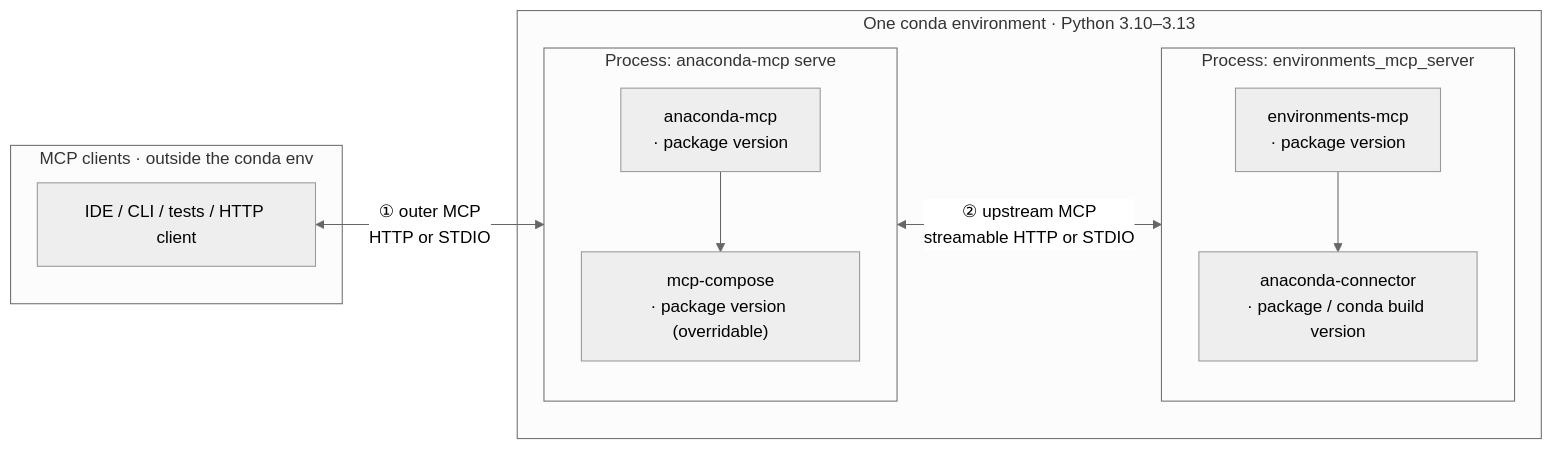
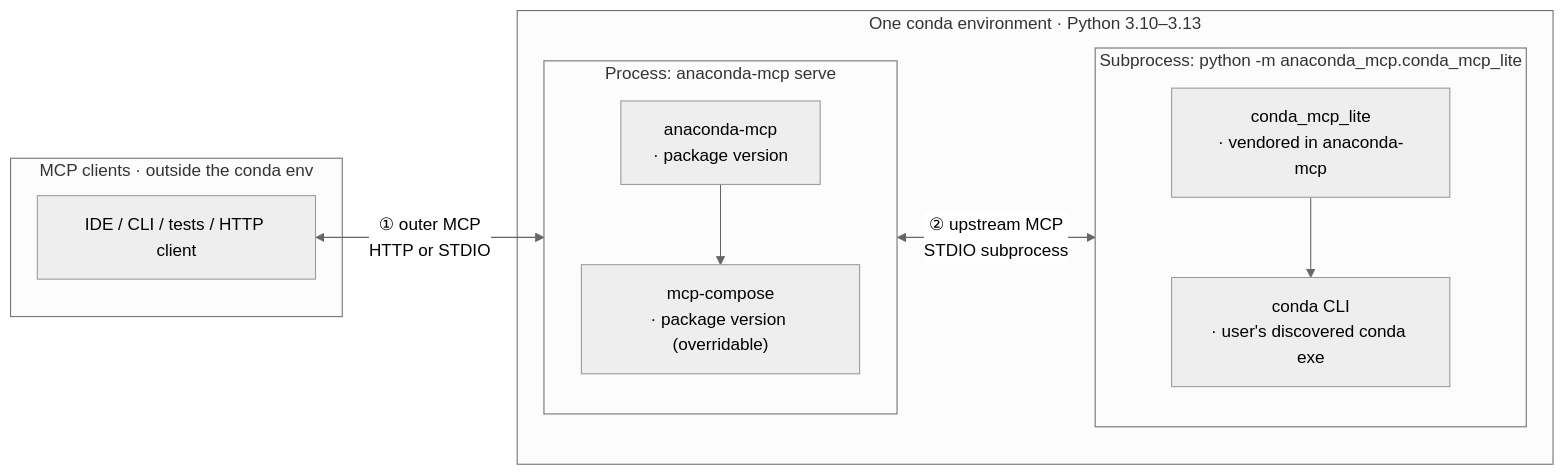
The diagram in tests/qa/mcp_tools/_docs/architecture.md (anaconda/anaconda-mcp), drawn with Mermaid (neutral theme) before and after one commit. The commit also changed other lines of this file and 32 other files, not shown here.

````diff
--- a/tests/qa/mcp_tools/_docs/architecture.md
+++ b/tests/qa/mcp_tools/_docs/architecture.md
@@ -15,26 +15,26 @@
 ```mermaid
 flowchart LR
   subgraph clients["MCP clients  ·  outside the conda env"]
     CL["IDE / CLI / tests / HTTP client"]
   end
 
   subgraph cenv["One conda environment  ·  Python 3.10–3.13"]
     subgraph amp["Process: anaconda-mcp serve"]
       direction TB
       AM["anaconda-mcp<br/>· package version"]
       MC["mcp-compose<br/>· package version (overridable)"]
       AM --> MC
     end
 
-    subgraph ems["Process: environments_mcp_server"]
+    subgraph ems["Subprocess: python -m anaconda_mcp.conda_mcp_lite"]
       direction TB
-      EM["environments-mcp<br/>· package version"]
-      AC["anaconda-connector<br/>· package / conda build version"]
+      EM["conda_mcp_lite<br/>· vendored in anaconda-mcp"]
+      AC["conda CLI<br/>· user's discovered conda exe"]
       EM --> AC
     end
 
-    MC <-->|"② upstream MCP<br/>streamable HTTP or STDIO"| EM
+    MC <-->|"② upstream MCP<br/>STDIO subprocess"| EM
   end
 
   CL <-->|"① outer MCP<br/>HTTP or STDIO"| AM
 ```
````
